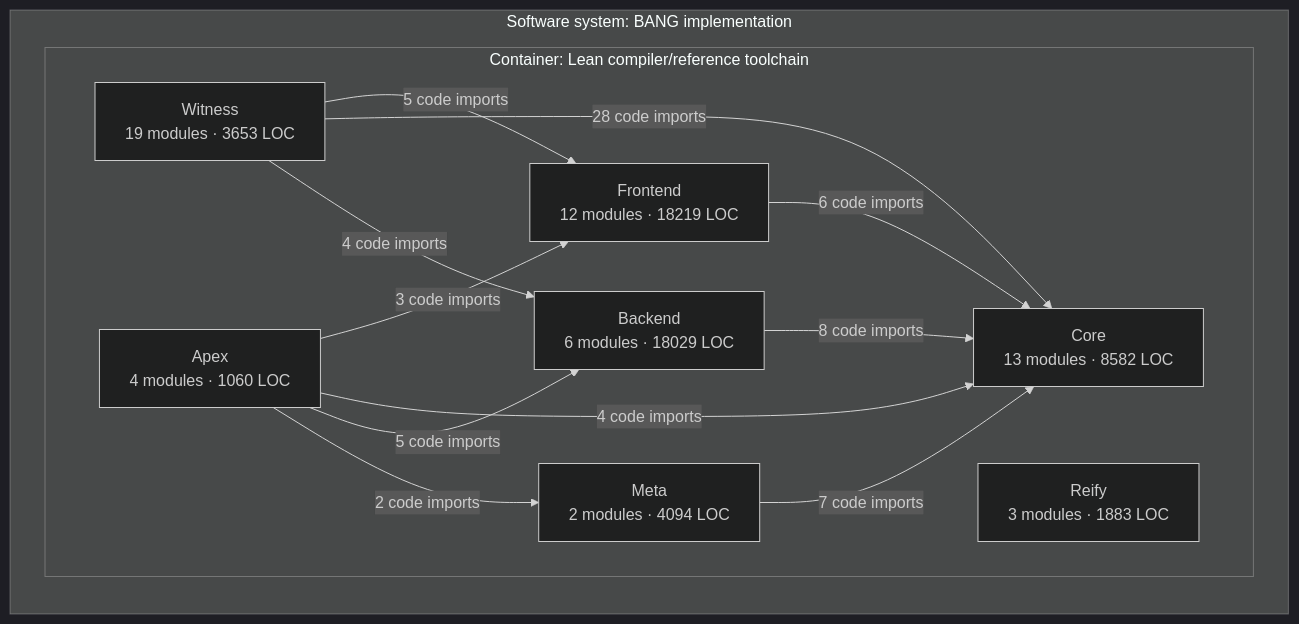
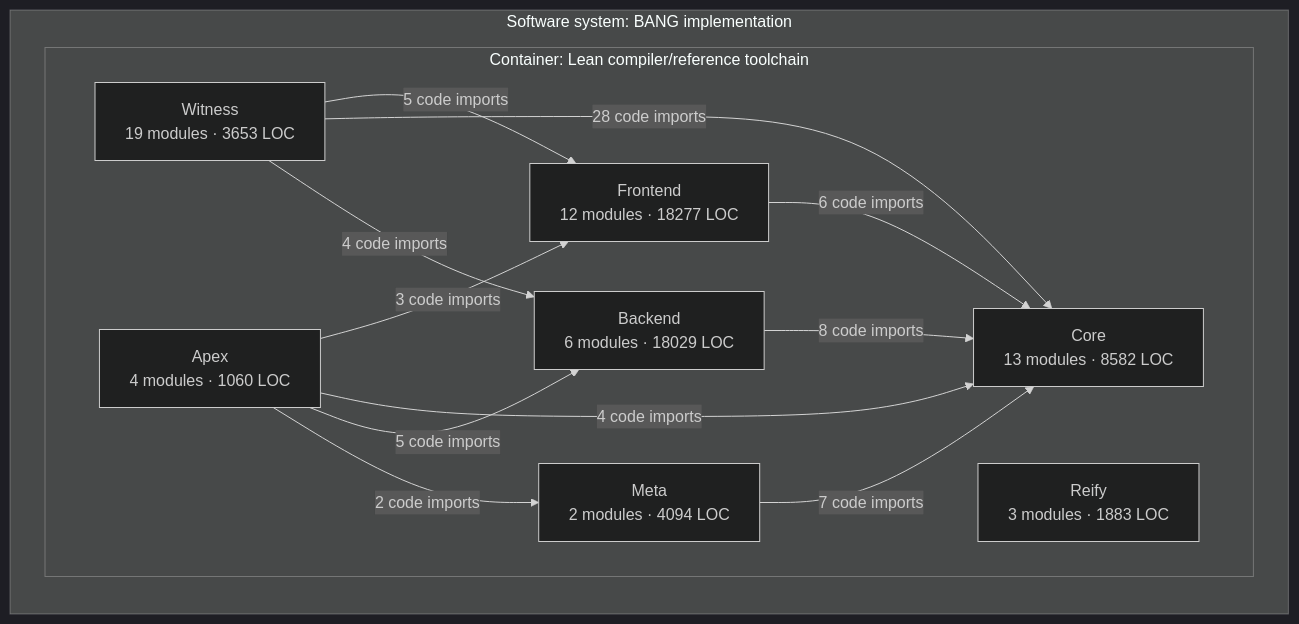
The third of 3 diagrams in docs/architecture/core-overview.md (phibkro/bang), drawn with Mermaid (dark theme) before and after one commit. The commit also changed other lines of this file and 12 other files, not shown here.

````diff
--- a/docs/architecture/core-overview.md
+++ b/docs/architecture/core-overview.md
@@ -160,24 +160,24 @@
 ```mermaid
 flowchart LR
   subgraph system_BANG["Software system: BANG implementation"]
     subgraph container_Lean_toolchain["Container: Lean compiler/reference toolchain"]
-      component_Frontend["Frontend<br/>12 modules · 18219 LOC"]
+      component_Frontend["Frontend<br/>12 modules · 18277 LOC"]
       component_Core["Core<br/>13 modules · 8582 LOC"]
       component_Backend["Backend<br/>6 modules · 18029 LOC"]
       component_Meta["Meta<br/>2 modules · 4094 LOC"]
       component_Witness["Witness<br/>19 modules · 3653 LOC"]
       component_Reify["Reify<br/>3 modules · 1883 LOC"]
       component_Apex["Apex<br/>4 modules · 1060 LOC"]
     end
   end
   component_Frontend -->|6 code imports| component_Core
   component_Backend -->|8 code imports| component_Core
   component_Meta -->|7 code imports| component_Core
   component_Witness -->|5 code imports| component_Frontend
   component_Witness -->|28 code imports| component_Core
   component_Witness -->|4 code imports| component_Backend
   component_Apex -->|3 code imports| component_Frontend
   component_Apex -->|4 code imports| component_Core
   component_Apex -->|5 code imports| component_Backend
   component_Apex -->|2 code imports| component_Meta
 ```
````
